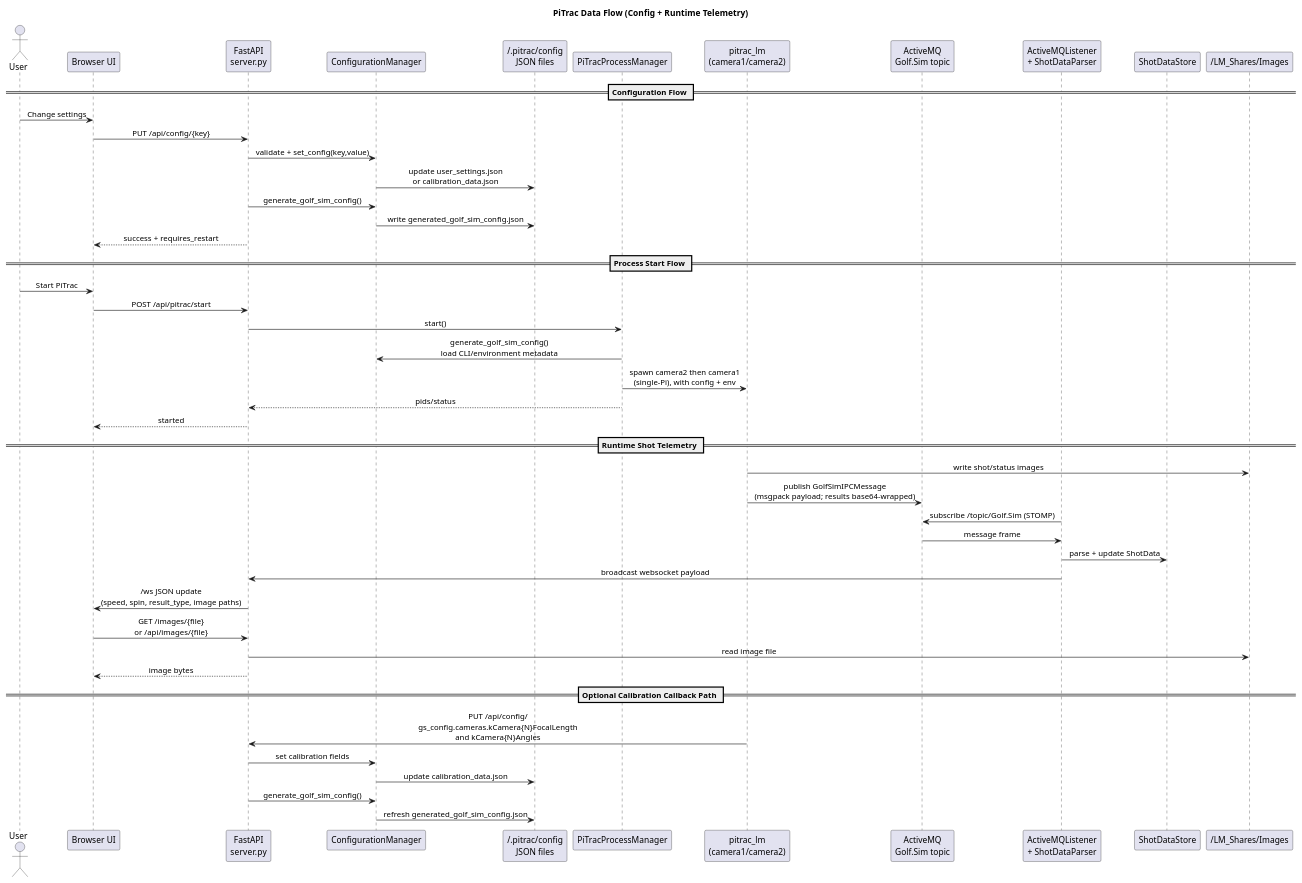
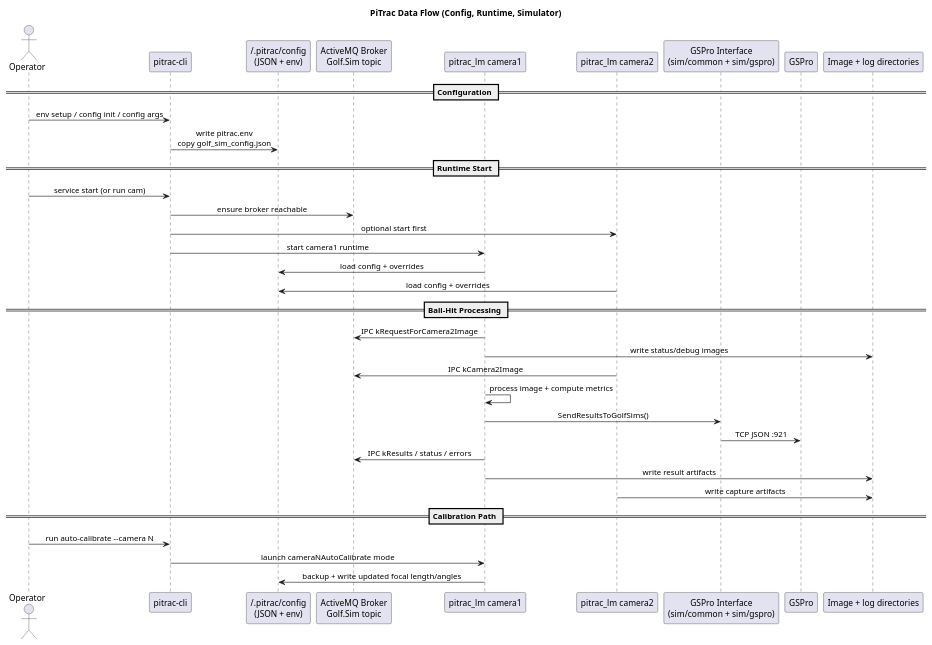
One commit to digitalhand/pitrac-light changed the diagram in assets/diagram/data-flow-overview.puml. Above: the diagram before and after it, drawn with PlantUML. The commit also changed 70 other files, not shown here.

```diff
--- a/assets/diagram/data-flow-overview.puml
+++ b/assets/diagram/data-flow-overview.puml
@@ -1,58 +1,47 @@
 @startuml
-title PiTrac Data Flow (Config + Runtime Telemetry)
+title PiTrac Data Flow (Config, Runtime, Simulator)
 
 skinparam shadowing false
 skinparam backgroundColor white
 skinparam sequenceMessageAlign center
 skinparam responseMessageBelowArrow true
 
-actor User
-participant "Browser UI" as UI
-participant "FastAPI\nserver.py" as API
-participant "ConfigurationManager" as CFG
-participant "~/.pitrac/config\nJSON files" as FILES
-participant "PiTracProcessManager" as PM
-participant "pitrac_lm\n(camera1/camera2)" as LM
-participant "ActiveMQ\nGolf.Sim topic" as MQ
-participant "ActiveMQListener\n+ ShotDataParser" as LISTENER
-participant "ShotDataStore" as STORE
-participant "~/LM_Shares/Images" as IMGDIR
+actor Operator
+participant "pitrac-cli" as CLI
+participant "~/.pitrac/config\n(JSON + env)" as CFG
+participant "ActiveMQ Broker\nGolf.Sim topic" as MQ
+participant "pitrac_lm camera1" as CAM1
+participant "pitrac_lm camera2" as CAM2
+participant "GSPro Interface\n(sim/common + sim/gspro)" as SIM
+participant "GSPro" as GSPRO
+participant "Image + log directories" as FILES
 
-== Configuration Flow ==
-User -> UI : Change settings
-UI -> API : PUT /api/config/{key}
-API -> CFG : validate + set_config(key,value)
-CFG -> FILES : update user_settings.json\nor calibration_data.json
-API -> CFG : generate_golf_sim_config()
-CFG -> FILES : write generated_golf_sim_config.json
-API --> UI : success + requires_restart
+== Configuration ==
+Operator -> CLI : env setup / config init / config args
+CLI -> CFG : write pitrac.env\ncopy golf_sim_config.json
 
-== Process Start Flow ==
-User -> UI : Start PiTrac
-UI -> API : POST /api/pitrac/start
-API -> PM : start()
-PM -> CFG : generate_golf_sim_config()\nload CLI/environment metadata
-PM -> LM : spawn camera2 then camera1\n(single-Pi), with config + env
-PM --> API : pids/status
-API --> UI : started
+== Runtime Start ==
+Operator -> CLI : service start (or run cam)
+CLI -> MQ : ensure broker reachable
+CLI -> CAM2 : optional start first
+CLI -> CAM1 : start camera1 runtime
+CAM1 -> CFG : load config + overrides
+CAM2 -> CFG : load config + overrides
 
-== Runtime Shot Telemetry ==
-LM -> IMGDIR : write shot/status images
-LM -> MQ : publish GolfSimIPCMessage\n(msgpack payload; results base64-wrapped)
-LISTENER -> MQ : subscribe /topic/Golf.Sim (STOMP)
-MQ -> LISTENER : message frame
-LISTENER -> STORE : parse + update ShotData
-LISTENER -> API : broadcast websocket payload
-API -> UI : /ws JSON update\n(speed, spin, result_type, image paths)
-UI -> API : GET /images/{file}\nor /api/images/{file}
-API -> IMGDIR : read image file
-API --> UI : image bytes
+== Ball-Hit Processing ==
+CAM1 -> MQ : IPC kRequestForCamera2Image
+CAM1 -> FILES : write status/debug images
+CAM2 -> MQ : IPC kCamera2Image
+CAM1 -> CAM1 : process image + compute metrics
+CAM1 -> SIM : SendResultsToGolfSims()
+SIM -> GSPRO : TCP JSON :921
+CAM1 -> MQ : IPC kResults / status / errors
+CAM1 -> FILES : write result artifacts
+CAM2 -> FILES : write capture artifacts
 
-== Optional Calibration Callback Path ==
-LM -> API : PUT /api/config/\ngs_config.cameras.kCamera{N}FocalLength\nand kCamera{N}Angles
-API -> CFG : set calibration fields
-CFG -> FILES : update calibration_data.json
-API -> CFG : generate_golf_sim_config()
-CFG -> FILES : refresh generated_golf_sim_config.json
+== Calibration Path ==
+Operator -> CLI : run auto-calibrate --camera N
+CLI -> CAM1 : launch cameraNAutoCalibrate mode
+CAM1 -> CFG : backup + write updated focal length/angles
 
 @enduml
```
